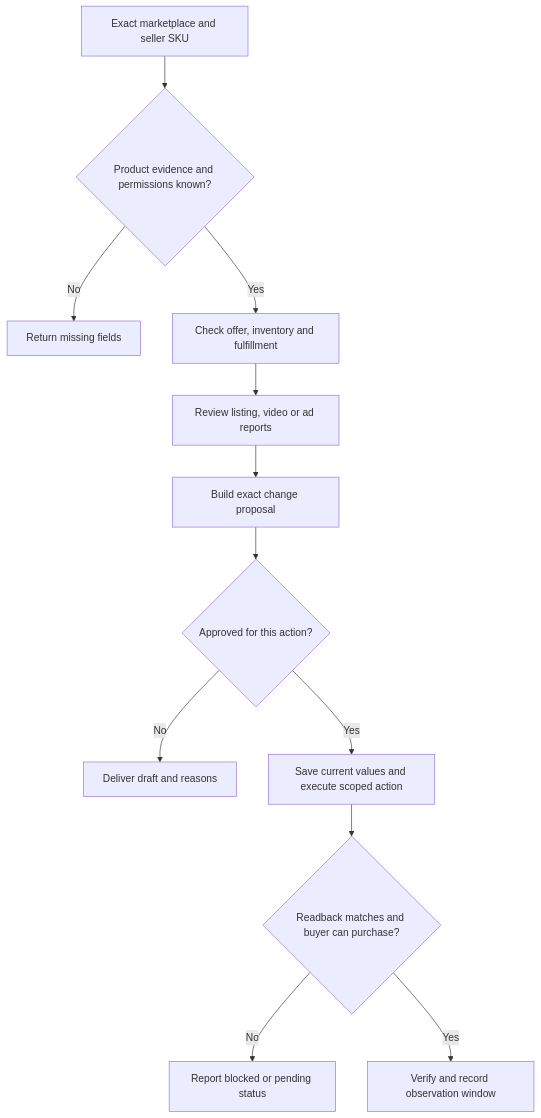
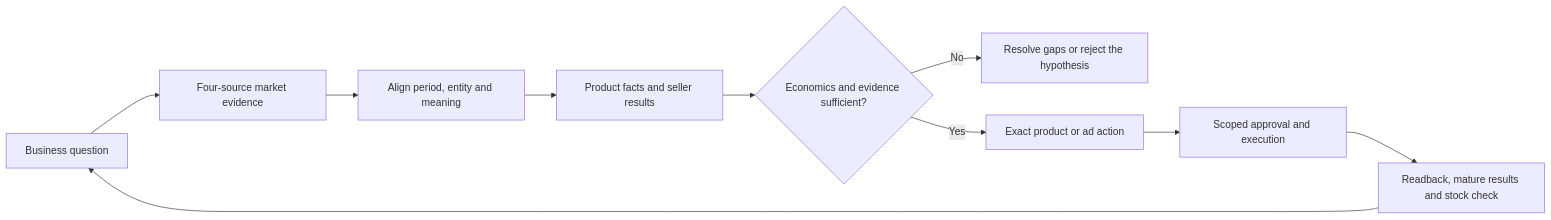
One commit to meowdoone/jingqiu-operator-skills changed the diagram in skills/amazon-operations/SKILL.md. Above: the diagram before and after it, drawn with Mermaid. The commit also changed other lines of this file and 2 other files, not shown here.

Commit message:
Deepen Amazon decisions with four-source research, unit economics and exact ad actions

````diff
--- a/skills/amazon-operations/SKILL.md
+++ b/skills/amazon-operations/SKILL.md
@@ -78,14 +66,12 @@
 ```mermaid
-flowchart TD
-  A[Exact marketplace and seller SKU] --> B{Product evidence and permissions known?}
-  B -- No --> C[Return missing fields]
-  B -- Yes --> D[Check offer, inventory and fulfillment]
-  D --> E[Review listing, video or ad reports]
-  E --> F[Build exact change proposal]
-  F --> G{Approved for this action?}
-  G -- No --> H[Deliver draft and reasons]
-  G -- Yes --> I[Save current values and execute scoped action]
-  I --> J{Readback matches and buyer can purchase?}
-  J -- No --> K[Report blocked or pending status]
-  J -- Yes --> L[Verify and record observation window]
+flowchart LR
+  A[Business question] --> B[Four-source market evidence]
+  B --> C[Align period, entity and meaning]
+  C --> D[Product facts and seller results]
+  D --> E{Economics and evidence sufficient?}
+  E -- No --> F[Resolve gaps or reject the hypothesis]
+  E -- Yes --> G[Exact product or ad action]
+  G --> H[Scoped approval and execution]
+  H --> I[Readback, mature results and stock check]
+  I --> A
 ```
````
